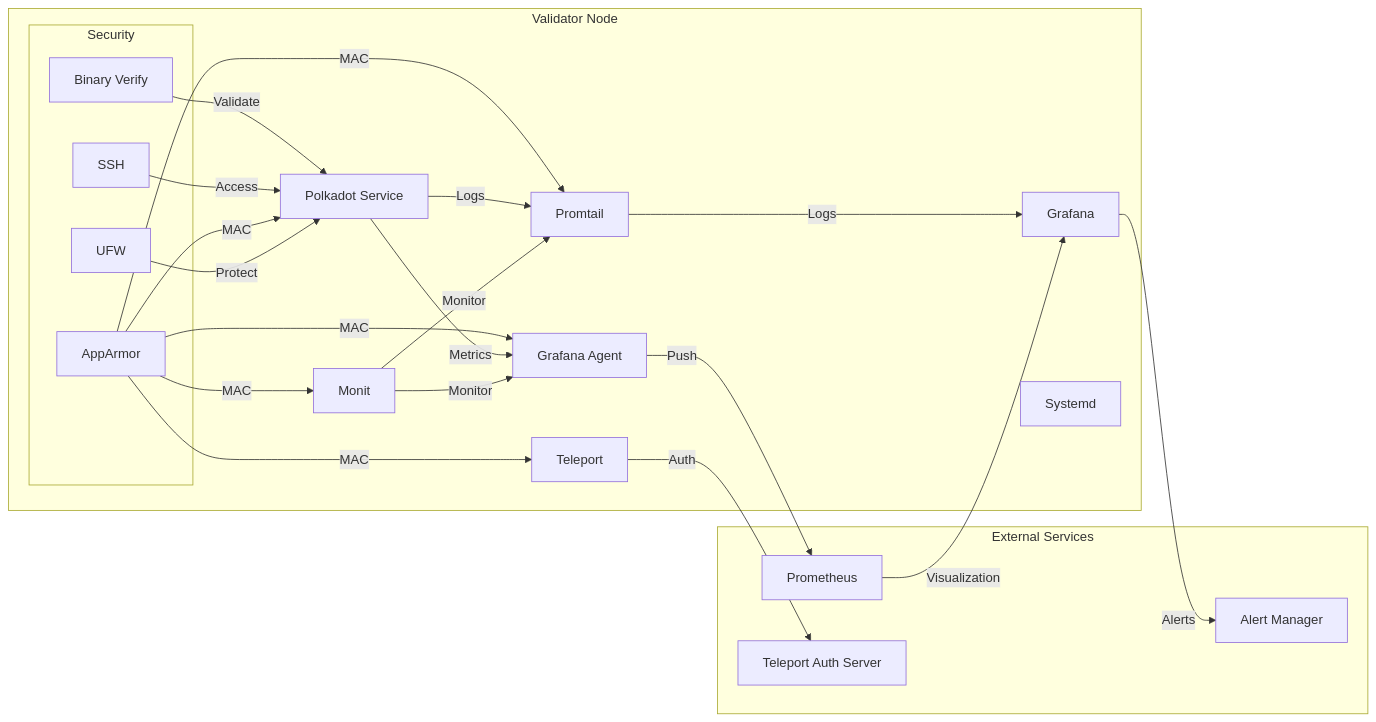
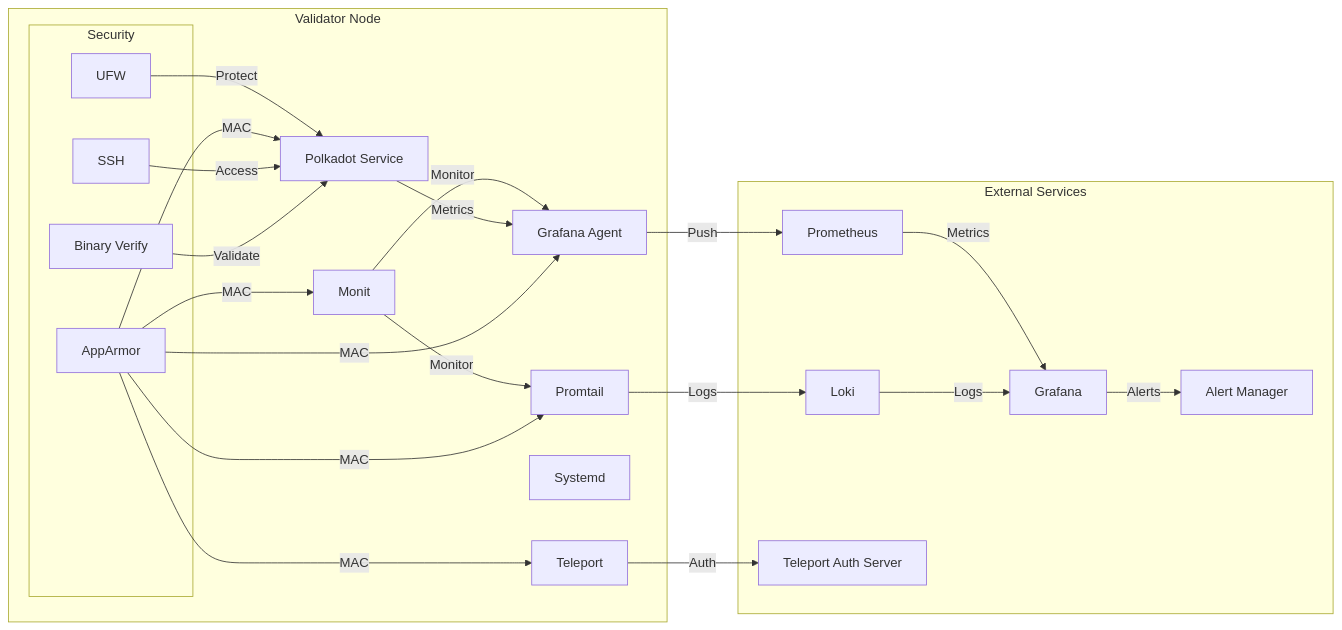
Before and after one commit to pampatzoglou/provision-validators: the second of 2 diagrams in roles/polkadot/README.md, drawn with Mermaid. The commit also changed 2 other files, not shown here.

Commit message:
update README files

````diff
--- a/roles/polkadot/README.md
+++ b/roles/polkadot/README.md
@@ -45,42 +45,41 @@
 ```mermaid
 graph LR
     subgraph Validator Node
         A[Polkadot Service]
         B[Grafana Agent]
-        C[Promtail] --> |Logs| K[Grafana]
+        C[Promtail]
         D[Monit] --> |Monitor| B
         D --> |Monitor| C
         E[Systemd]
         T[Teleport]
         
         subgraph Security
             F[UFW]
             G[AppArmor]
             H[SSH]
             I[Binary Verify]
         end
     end
 
     subgraph External Services
-        J[Prometheus]
-        K[Grafana]
-        L[Alert Manager]
-        M[Teleport Auth Server]
+        J[Prometheus] --> |Metrics| K[Grafana]
+        L[Loki] --> |Logs| K
+        K --> |Alerts| M[Alert Manager]
+        N[Teleport Auth Server]
     end
 
     A --> |Metrics| B
-    A --> |Logs| C
+    C --> |Logs| L
     B --> |Push| J
-    J --> |Visualization| K
-    K --> |Alerts| L
-    T --> |Auth| M
+
+    T --> |Auth| N
 
     F --> |Protect| A
     G --> |MAC| A
     G --> |MAC| B
     G --> |MAC| C
     G --> |MAC| D
     G --> |MAC| T
     H --> |Access| A
     I --> |Validate| A
 ```
````
